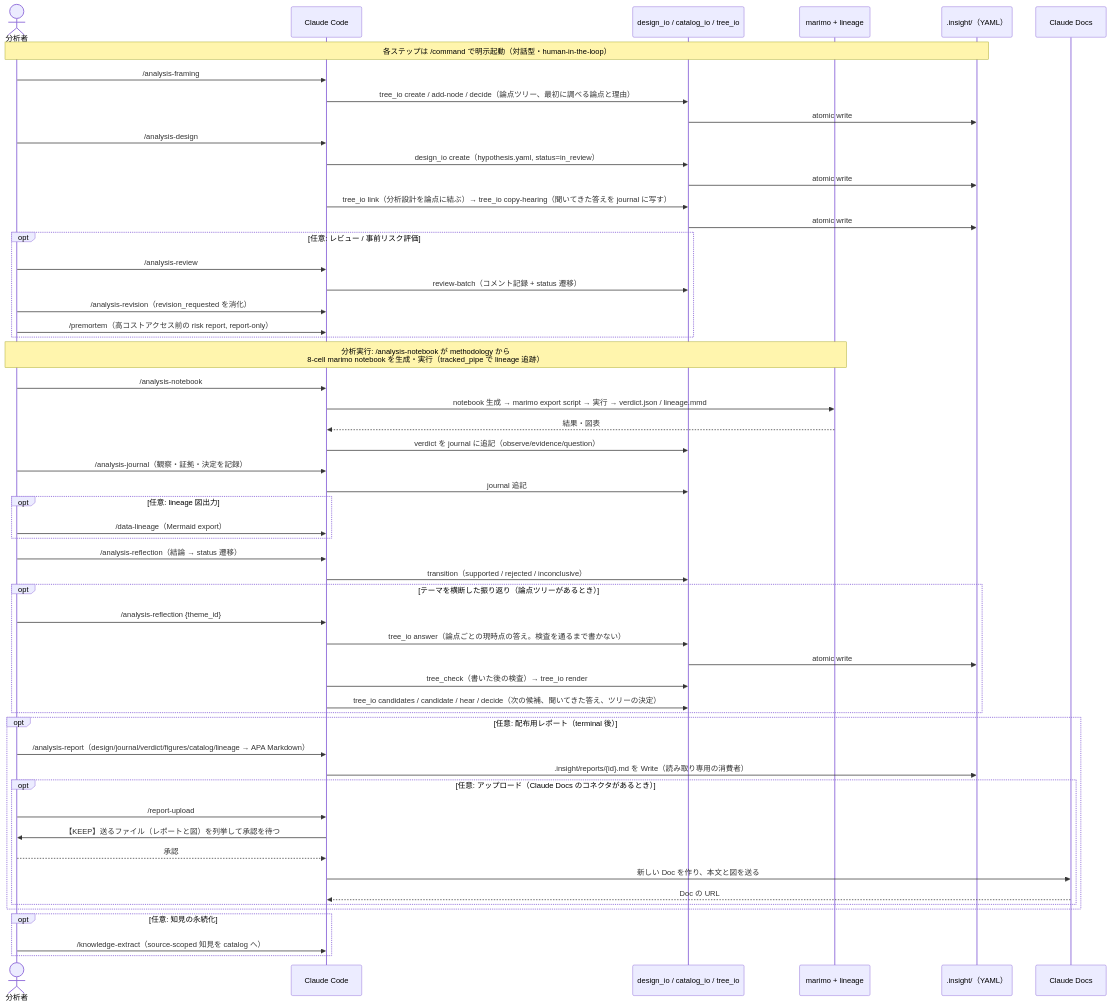
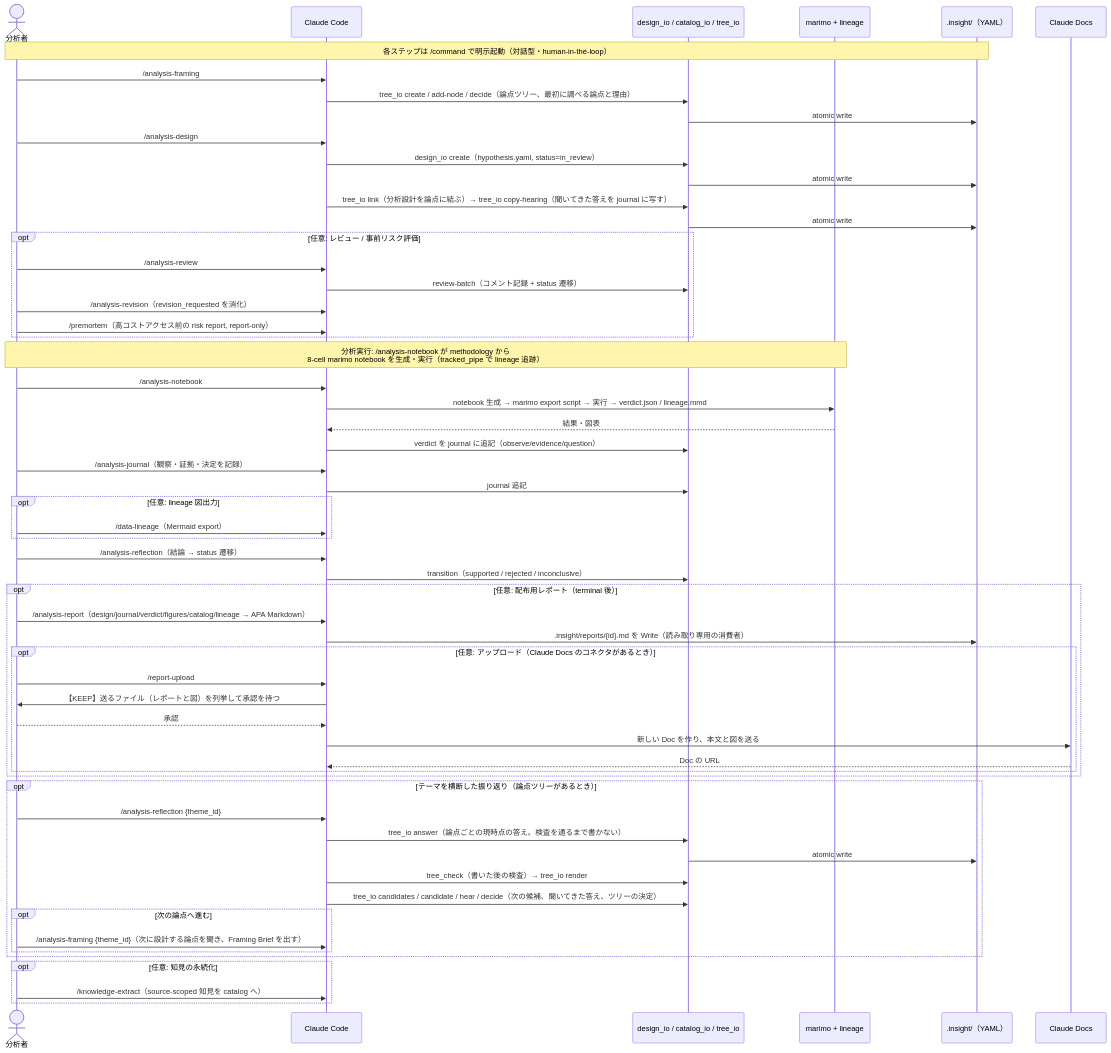
The fourth of 6 diagrams in docs/ARCHITECTURE.md (etoyama/insight-blueprint-skills), drawn with Mermaid before and after one commit. The commit also changed other lines of this file and 5 other files, not shown here.

First line of the commit message:
docs: ARCHITECTURE の図と DesignDoc を、論点ごとの巡回に合わせる（#127）

````diff
--- a/docs/ARCHITECTURE.md
+++ b/docs/ARCHITECTURE.md
@@ -255,61 +266,64 @@
 ```mermaid
 sequenceDiagram
     actor U as 分析者
     participant CC as Claude Code
     participant IO as design_io / catalog_io / tree_io
     participant MO as marimo + lineage
     participant FS as .insight/（YAML）
     participant DC as Claude Docs
 
     Note over U,FS: 各ステップは /command で明示起動（対話型・human-in-the-loop）
     U->>CC: /analysis-framing
     CC->>IO: tree_io create / add-node / decide（論点ツリー、最初に調べる論点と理由）
     IO->>FS: atomic write
     U->>CC: /analysis-design
     CC->>IO: design_io create（hypothesis.yaml, status=in_review）
     IO->>FS: atomic write
     CC->>IO: tree_io link（分析設計を論点に結ぶ）→ tree_io copy-hearing（聞いてきた答えを journal に写す）
     IO->>FS: atomic write
 
     opt 任意: レビュー / 事前リスク評価
         U->>CC: /analysis-review
         CC->>IO: review-batch（コメント記録 + status 遷移）
         U->>CC: /analysis-revision（revision_requested を消化）
         U->>CC: /premortem（高コストアクセス前の risk report, report-only）
     end
 
     Note over U,MO: 分析実行: /analysis-notebook が methodology から<br/>8-cell marimo notebook を生成・実行（tracked_pipe で lineage 追跡）
     U->>CC: /analysis-notebook
     CC->>MO: notebook 生成 → marimo export script → 実行 → verdict.json / lineage.mmd
     MO-->>CC: 結果・図表
     CC->>IO: verdict を journal に追記（observe/evidence/question）
 
     U->>CC: /analysis-journal（観察・証拠・決定を記録）
     CC->>IO: journal 追記
     opt 任意: lineage 図出力
         U->>CC: /data-lineage（Mermaid export）
     end
     U->>CC: /analysis-reflection（結論 → status 遷移）
     CC->>IO: transition（supported / rejected / inconclusive）
-    opt テーマを横断した振り返り（論点ツリーがあるとき）
-        U->>CC: /analysis-reflection {theme_id}
-        CC->>IO: tree_io answer（論点ごとの現時点の答え。検査を通るまで書かない）
-        IO->>FS: atomic write
-        CC->>IO: tree_check（書いた後の検査）→ tree_io render
-        CC->>IO: tree_io candidates / candidate / hear / decide（次の候補、聞いてきた答え、ツリーの決定）
-    end
     opt 任意: 配布用レポート（terminal 後）
         U->>CC: /analysis-report（design/journal/verdict/figures/catalog/lineage → APA Markdown）
         CC->>FS: .insight/reports/{id}.md を Write（読み取り専用の消費者）
         opt 任意: アップロード（Claude Docs のコネクタがあるとき）
             U->>CC: /report-upload
             CC->>U: 【KEEP】送るファイル（レポートと図）を列挙して承認を待つ
             U-->>CC: 承認
             CC->>DC: 新しい Doc を作り、本文と図を送る
             DC-->>CC: Doc の URL
         end
     end
+    opt テーマを横断した振り返り（論点ツリーがあるとき）
+        U->>CC: /analysis-reflection {theme_id}
+        CC->>IO: tree_io answer（論点ごとの現時点の答え。検査を通るまで書かない）
+        IO->>FS: atomic write
+        CC->>IO: tree_check（書いた後の検査）→ tree_io render
+        CC->>IO: tree_io candidates / candidate / hear / decide（次の候補、聞いてきた答え、ツリーの決定）
+        opt 次の論点へ進む
+            U->>CC: /analysis-framing {theme_id}（次に設計する論点を聞き、Framing Brief を出す）
+        end
+    end
     opt 任意: 知見の永続化
         U->>CC: /knowledge-extract（source-scoped 知見を catalog へ）
     end
 ```
````
